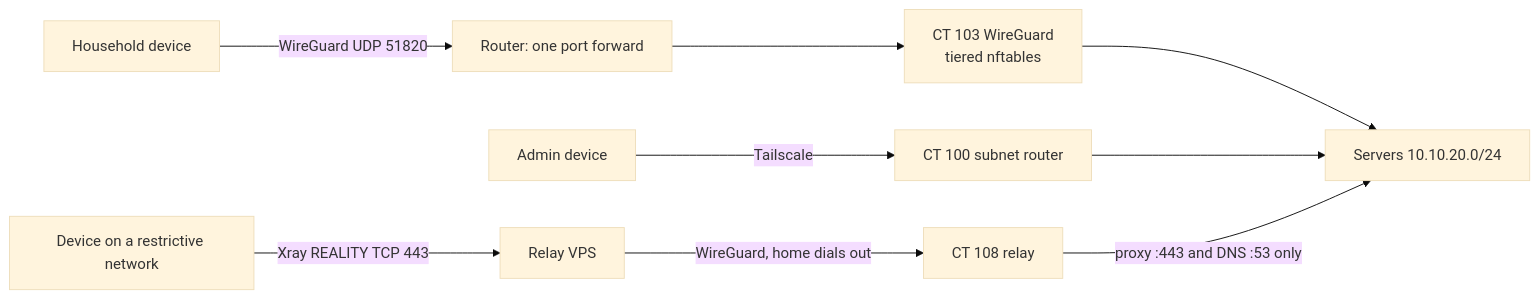
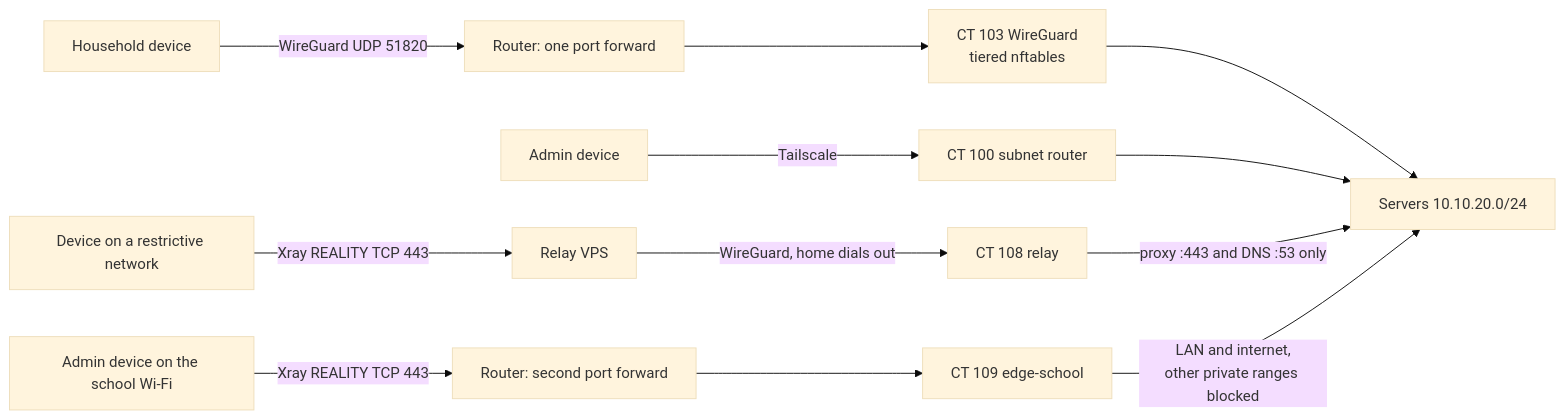
Before and after one commit to Ano-q/My-Homelabe-guide: the second of 2 diagrams in docs/architecture.md, drawn with Mermaid (base theme). The commit also changed other lines of this file and 3 other files, not shown here.

First line of the commit message:
Add school network edge: Xray REALITY on TCP 443 hosted at home

````diff
--- a/docs/architecture.md
+++ b/docs/architecture.md
@@ -97,9 +98,11 @@
 ```mermaid
 flowchart LR
     U1["Household device"] -- "WireGuard UDP 51820" --> FWD["Router: one port forward"] --> WG["CT 103 WireGuard<br/>tiered nftables"]
     U2["Admin device"] -- "Tailscale" --> TS["CT 100 subnet router"]
     U3["Device on a restrictive network"] -- "Xray REALITY TCP 443" --> VPS["Relay VPS"] -- "WireGuard, home dials out" --> RL["CT 108 relay"]
+    U4["Admin device on the school Wi-Fi"] -- "Xray REALITY TCP 443" --> FWD2["Router: second port forward"] --> ES["CT 109 edge-school"]
     WG --> LAN["Servers 10.10.20.0/24"]
     TS --> LAN
     RL -- "proxy :443 and DNS :53 only" --> LAN
+    ES -- "LAN and internet,<br/>other private ranges blocked" --> LAN
 ```
````
